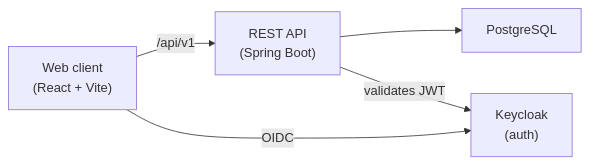
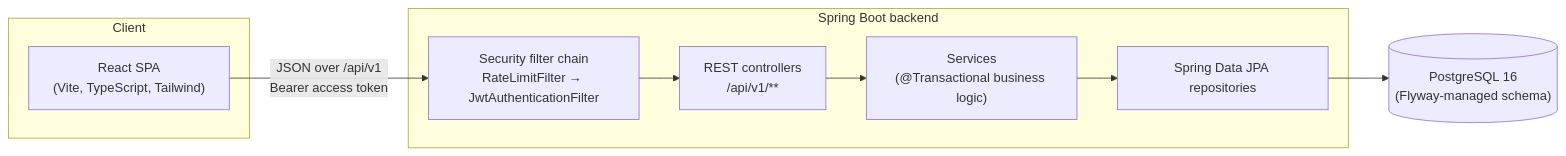
Before and after one commit to Rohitangshu2026/evently: the first of 6 diagrams in README.md, drawn with Mermaid. The commit also changed other lines of this file, not shown here.

First line of the commit message:
docs: document architecture, domain model and auth design

````diff
--- a/README.md
+++ b/README.md
@@ -13,11 +26,16 @@
 ```mermaid
 flowchart LR
-    A["Web client<br/>(React + Vite)"]
-    B["REST API<br/>(Spring Boot)"]
-    C["PostgreSQL"]
-    D["Keycloak<br/>(auth)"]
-    A -->|/api/v1| B
-    B --> C
-    A -->|OIDC| D
-    B -->|validates JWT| D
+    subgraph Client
+        A["React SPA<br/>(Vite, TypeScript, Tailwind)"]
+    end
+    subgraph Server["Spring Boot backend"]
+        F["Security filter chain<br/>RateLimitFilter → JwtAuthenticationFilter"]
+        C["REST controllers<br/>/api/v1/**"]
+        S["Services<br/>(@Transactional business logic)"]
+        R["Spring Data JPA repositories"]
+    end
+    D[("PostgreSQL 16<br/>(Flyway-managed schema)")]
+
+    A -- "JSON over /api/v1<br/>Bearer access token" --> F
+    F --> C --> S --> R --> D
 ```
````
